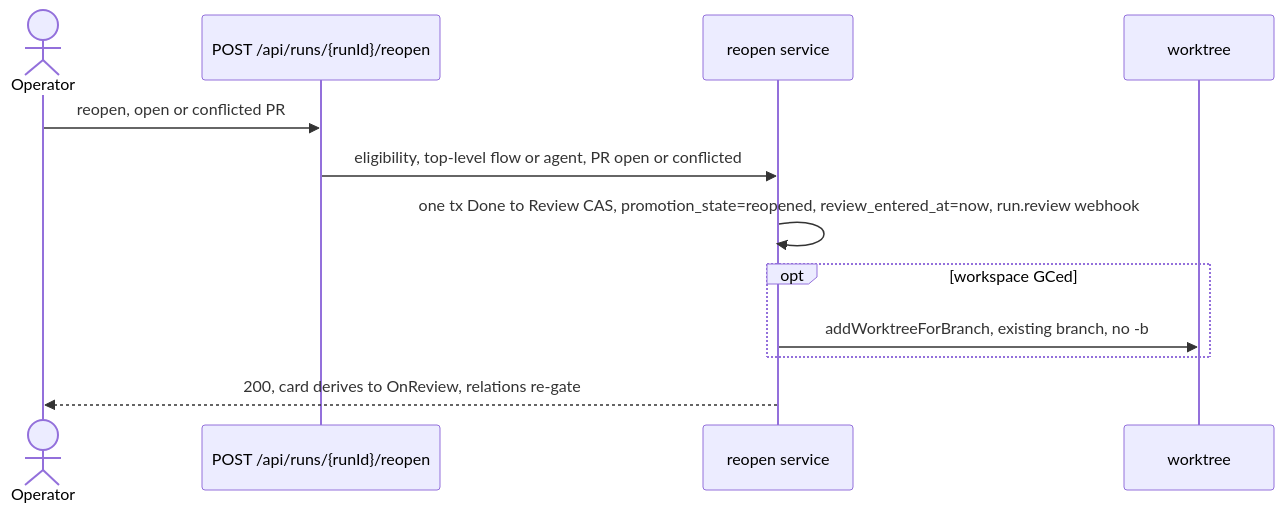
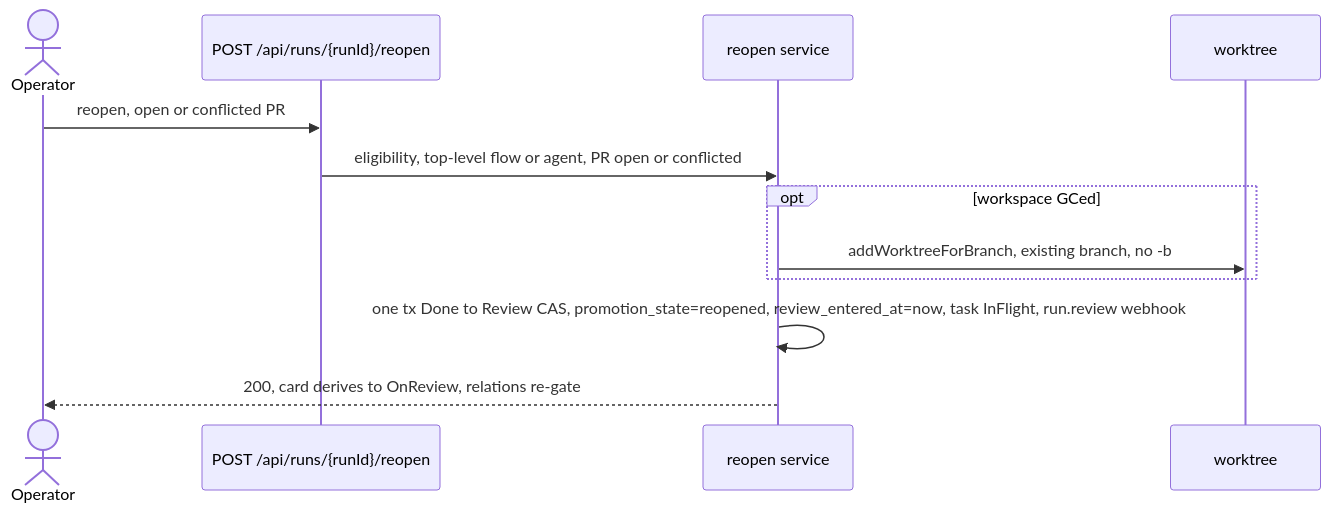
One commit to maister-dev/maister changed the fifth of 6 diagrams in docs/system-analytics/branch-sync.md. Above: the diagram before and after it, drawn with Mermaid. The commit also changed other lines of this file and 49 other files, not shown here.

````diff
--- a/docs/system-analytics/branch-sync.md
+++ b/docs/system-analytics/branch-sync.md
@@ -118,14 +119,14 @@
 ```mermaid
 sequenceDiagram
     actor Op as Operator
     participant Route as POST /api/runs/{runId}/reopen
     participant Svc as reopen service
     participant Git as worktree
     Op->>Route: reopen, open or conflicted PR
     Route->>Svc: eligibility, top-level flow or agent, PR open or conflicted
-    Svc->>Svc: one tx Done to Review CAS, promotion_state=reopened, review_entered_at=now, run.review webhook
     opt workspace GCed
         Svc->>Git: addWorktreeForBranch, existing branch, no -b
     end
+    Svc->>Svc: one tx Done to Review CAS, promotion_state=reopened, review_entered_at=now, task InFlight, run.review webhook
     Svc-->>Op: 200, card derives to OnReview, relations re-gate
 ```
````
